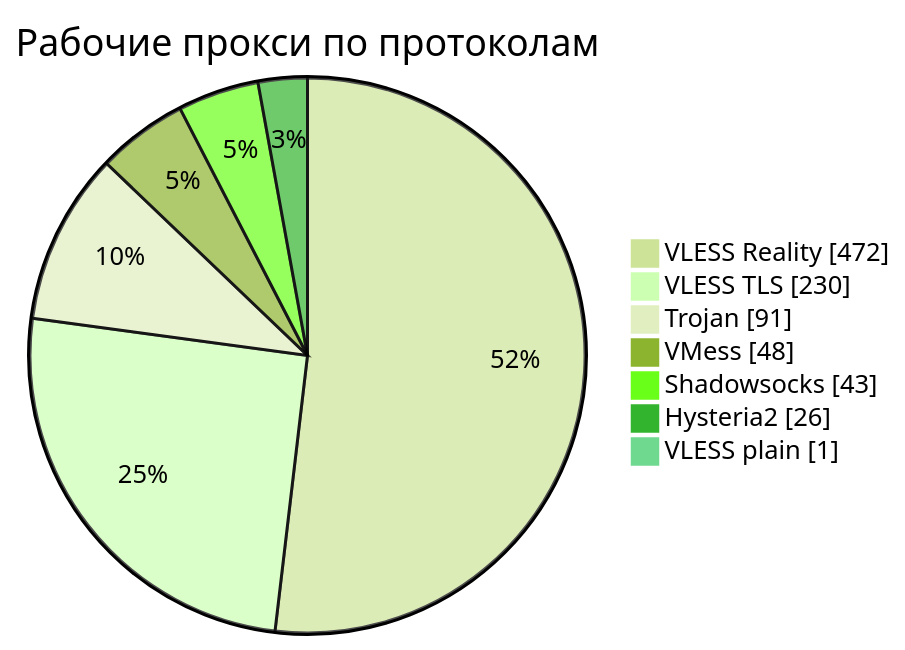
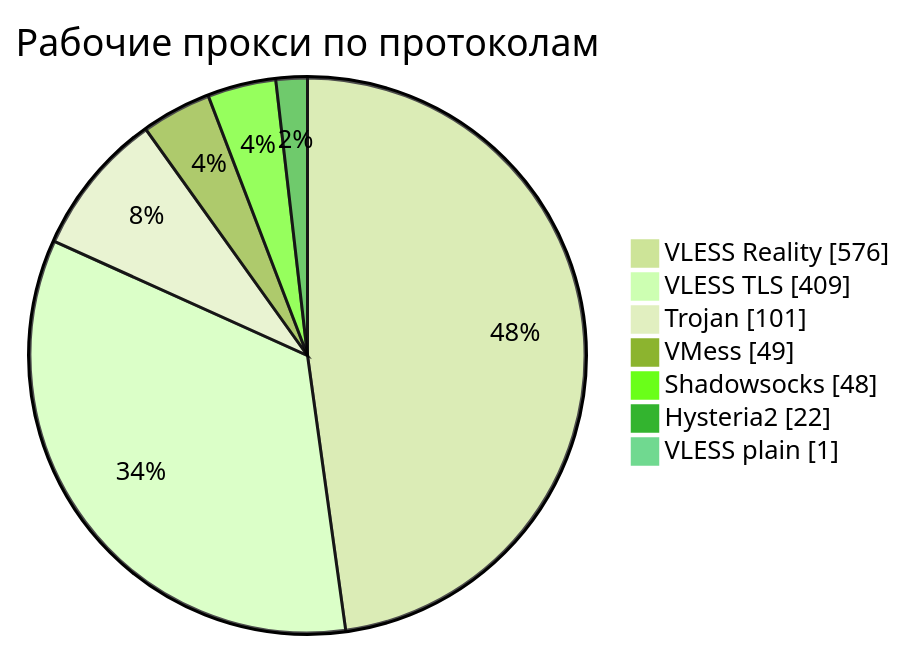
Before and after one commit to rvvg/proxy-subs: the third of 4 diagrams in README.md, drawn with Mermaid (forest theme). The commit also changed other lines of this file and 51 other files, not shown here.

````diff
--- a/README.md
+++ b/README.md
@@ -140,11 +139,11 @@
 ```mermaid
 pie showData
     title Рабочие прокси по протоколам
-    "VLESS Reality" : 472
-    "VLESS TLS" : 230
-    "Trojan" : 91
-    "VMess" : 48
-    "Shadowsocks" : 43
-    "Hysteria2" : 26
+    "VLESS Reality" : 576
+    "VLESS TLS" : 409
+    "Trojan" : 101
+    "VMess" : 49
+    "Shadowsocks" : 48
+    "Hysteria2" : 22
     "VLESS plain" : 1
 ```
````
